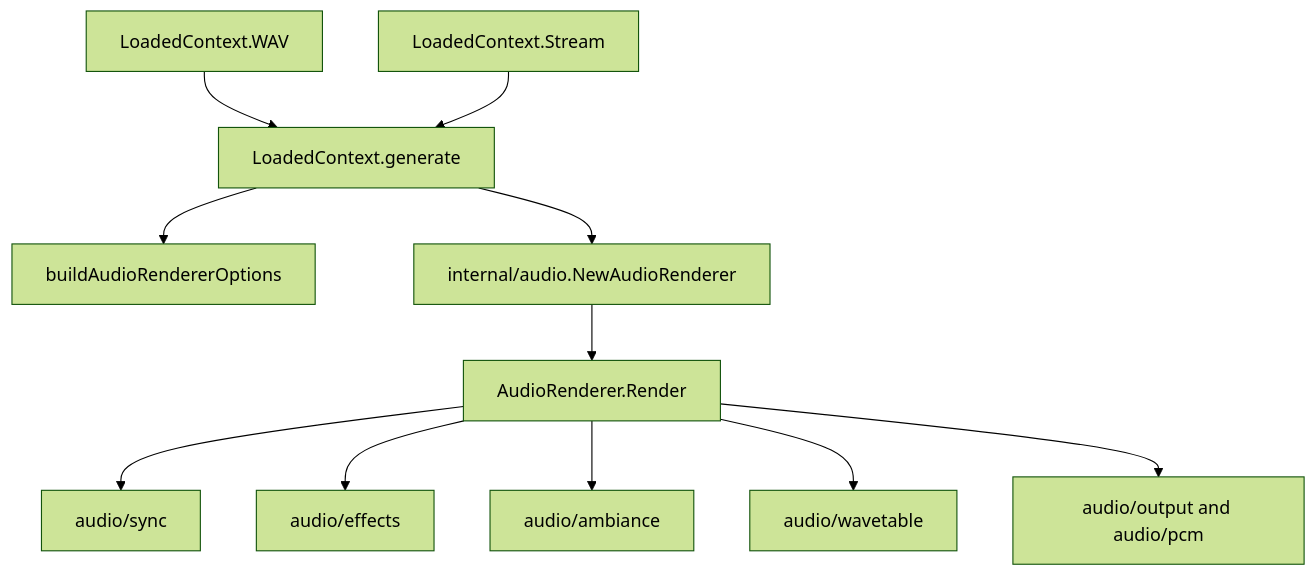
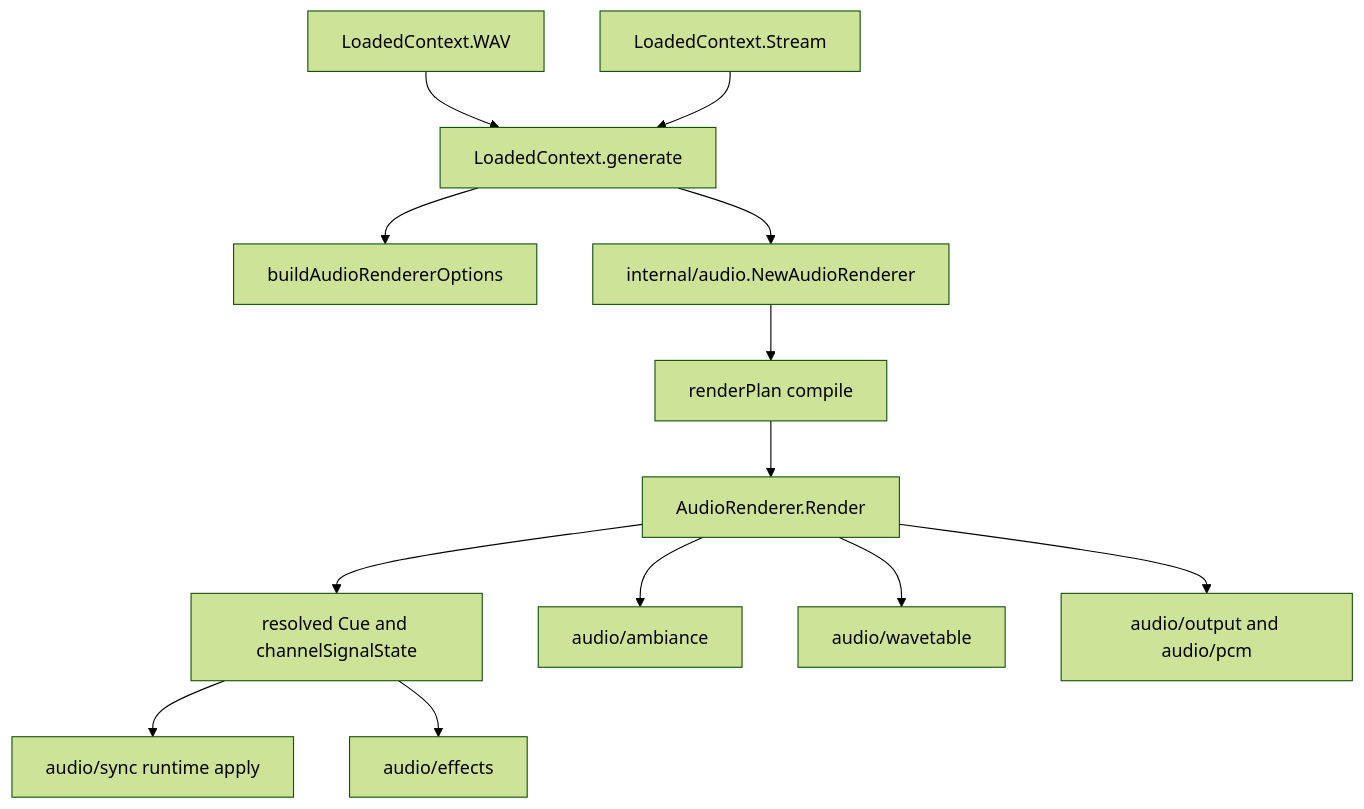
One commit to synapseq-foundation/synapseq changed the fourth of 5 diagrams in ARCHITECTURE.md. Above: the diagram before and after it, drawn with Mermaid (forest theme). The commit also changed other lines of this file and 38 other files, not shown here.

````diff
--- a/ARCHITECTURE.md
+++ b/ARCHITECTURE.md
@@ -243,13 +252,15 @@
 ```mermaid
 flowchart TD
 	WAV[LoadedContext.WAV] --> Generate[LoadedContext.generate]
 	Stream[LoadedContext.Stream] --> Generate
 	Generate --> RendererOptions[buildAudioRendererOptions]
 	Generate --> Renderer[internal/audio.NewAudioRenderer]
-	Renderer --> RenderLoop[AudioRenderer.Render]
-	RenderLoop --> Sync[audio/sync]
-	RenderLoop --> Effects[audio/effects]
+	Renderer --> RenderPlan[renderPlan compile]
+	RenderPlan --> RenderLoop[AudioRenderer.Render]
+	RenderLoop --> Cue[resolved Cue and channelSignalState]
+	Cue --> Sync[audio/sync runtime apply]
+	Cue --> Effects[audio/effects]
 	RenderLoop --> Ambiance[audio/ambiance]
 	RenderLoop --> Wavetable[audio/wavetable]
 	RenderLoop --> Output[audio/output and audio/pcm]
 ```
````
